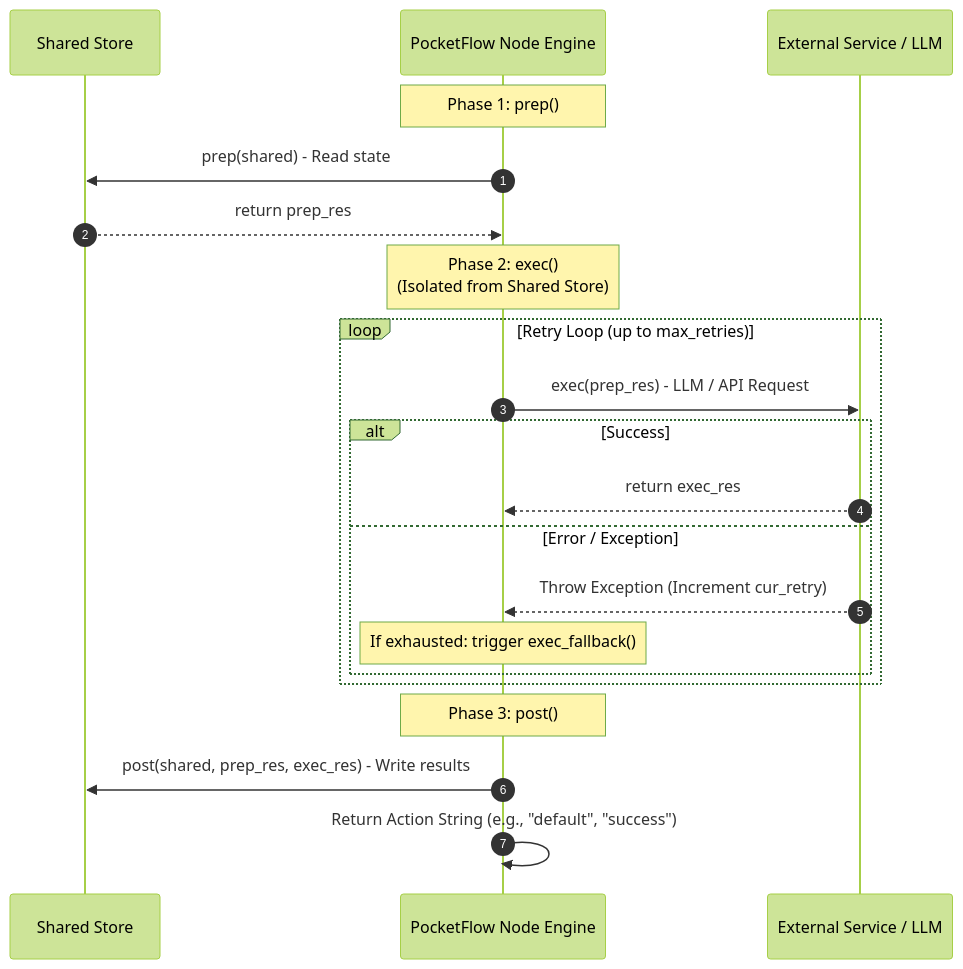
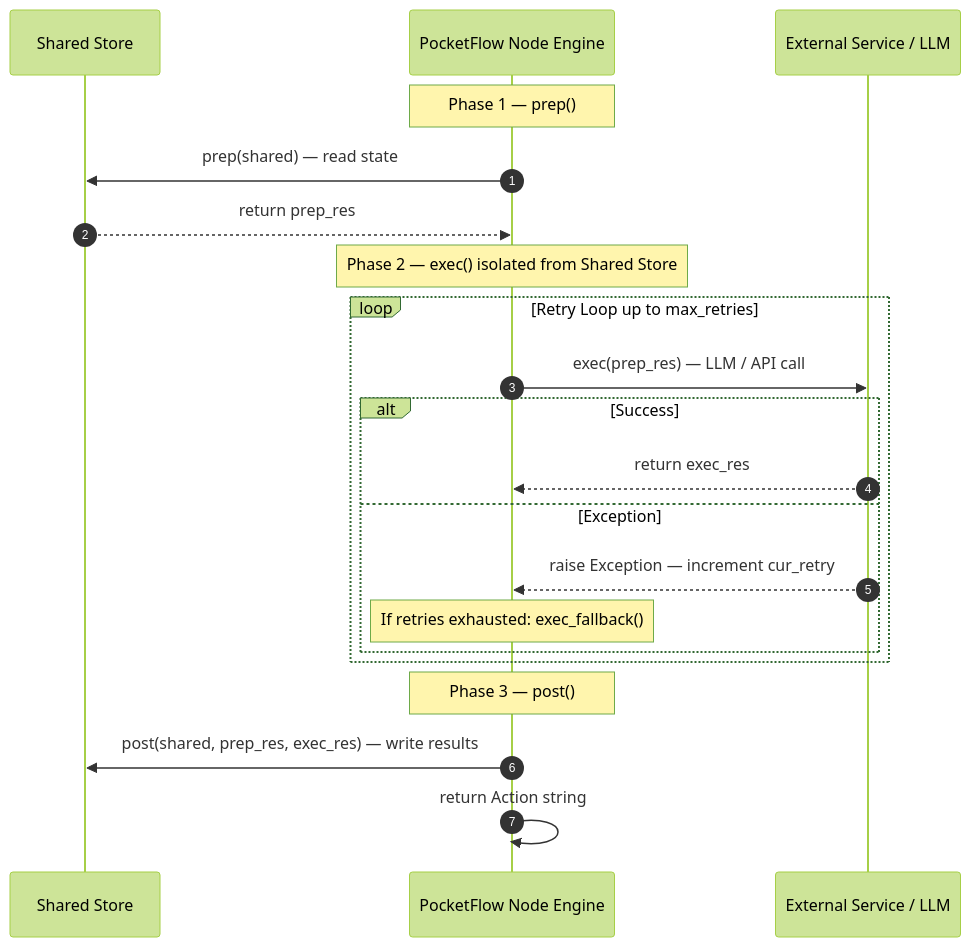
One commit to lauronjohn/PocketFlow-Minimalist-LLM-Agent-Framework changed the sixth of 15 diagrams in README.md. Above: the diagram before and after it, drawn with Mermaid (forest theme). The commit also changed other lines of this file, not shown here.

First line of the commit message:
Overhaul README with full architecture recovery using 4+1, R&W, and ISO 42010

````diff
--- a/README.md
+++ b/README.md
@@ -339,26 +454,26 @@
 ```mermaid
 sequenceDiagram
     autonumber
     participant Store as Shared Store
     participant Node as PocketFlow Node Engine
     participant Ext as External Service / LLM
 
-    Note over Node: Phase 1: prep()
-    Node->>Store: prep(shared) - Read state
+    Note over Node: Phase 1 — prep()
+    Node->>Store: prep(shared) — read state
     Store-->>Node: return prep_res
 
-    Note over Node: Phase 2: exec() <br>(Isolated from Shared Store)
-    loop Retry Loop (up to max_retries)
-        Node->>Ext: exec(prep_res) - LLM / API Request
+    Note over Node: Phase 2 — exec() isolated from Shared Store
+    loop Retry Loop up to max_retries
+        Node->>Ext: exec(prep_res) — LLM / API call
         alt Success
             Ext-->>Node: return exec_res
-        else Error / Exception
-            Ext-->>Node: Throw Exception (Increment cur_retry)
-            Note over Node: If exhausted: trigger exec_fallback()
+        else Exception
+            Ext-->>Node: raise Exception — increment cur_retry
+            Note over Node: If retries exhausted: exec_fallback()
         end
     end
 
-    Note over Node: Phase 3: post()
-    Node->>Store: post(shared, prep_res, exec_res) - Write results
-    Node->>Node: Return Action String (e.g., "default", "success")
+    Note over Node: Phase 3 — post()
+    Node->>Store: post(shared, prep_res, exec_res) — write results
+    Node->>Node: return Action string
 ```
````
